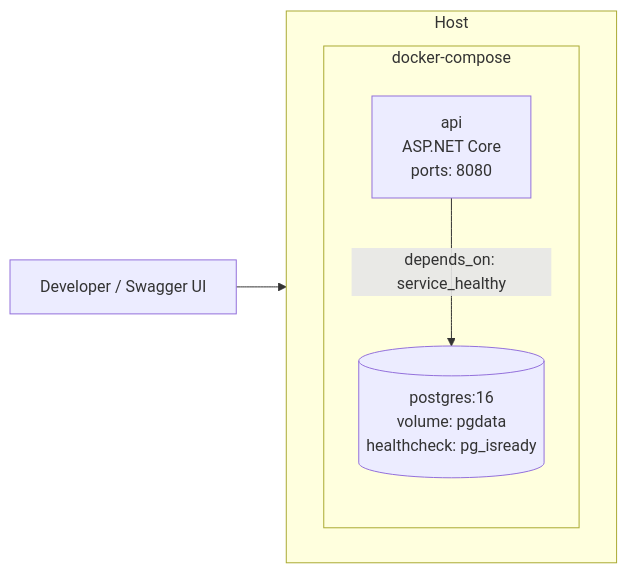
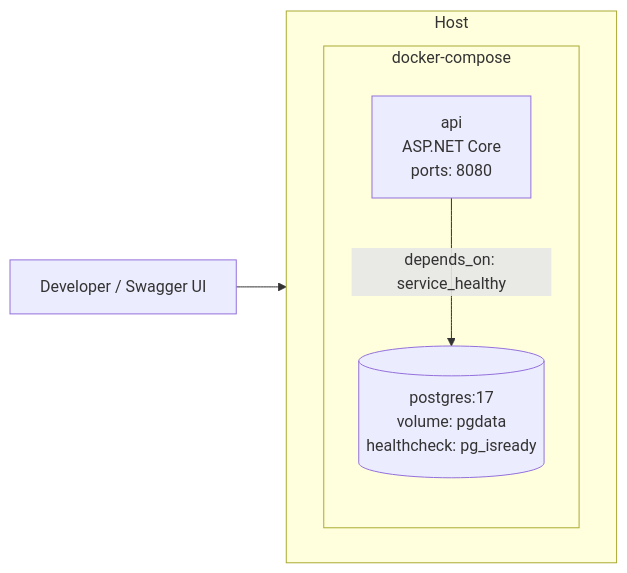
One commit to Wondu-em/Wallet-and-Bet-Settlement-Service changed diagram 11 of 11 in docs/ARCHITECTURE.md. Above: the diagram before and after it, drawn with Mermaid. The commit also changed other lines of this file and 17 other files, not shown here.

````diff
--- a/docs/ARCHITECTURE.md
+++ b/docs/ARCHITECTURE.md
@@ -542,13 +549,13 @@
 ```mermaid
 flowchart LR
     subgraph Host
         direction LR
         subgraph compose["docker-compose"]
             direction TB
-            PG[("postgres:16<br/>volume: pgdata<br/>healthcheck: pg_isready")]
+            PG[("postgres:17<br/>volume: pgdata<br/>healthcheck: pg_isready")]
             API["api<br/>ASP.NET Core<br/>ports: 8080"]
             API -- "depends_on: service_healthy" --> PG
         end
     end
     DEV[Developer / Swagger UI] --> API
 ```
````
